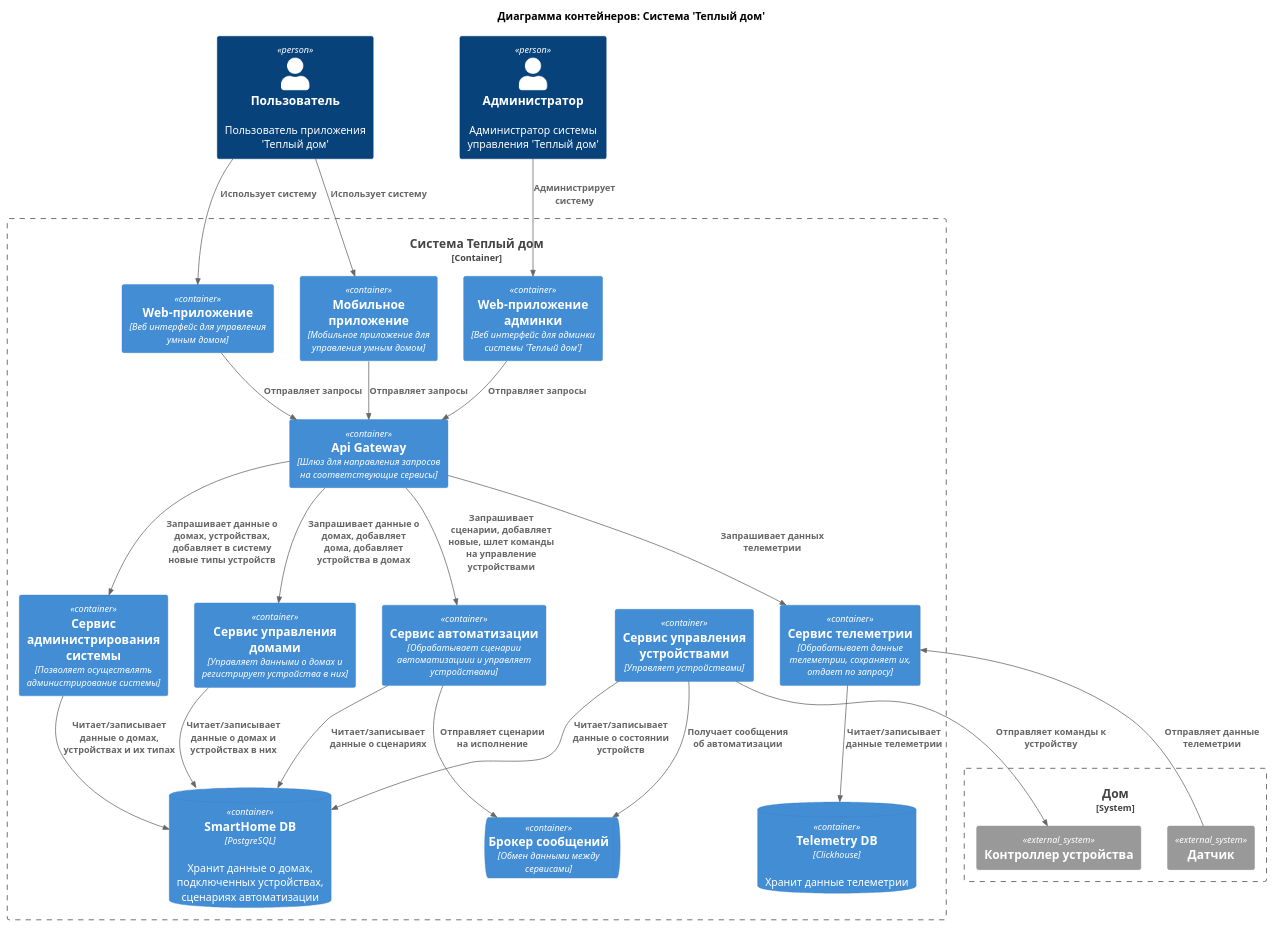
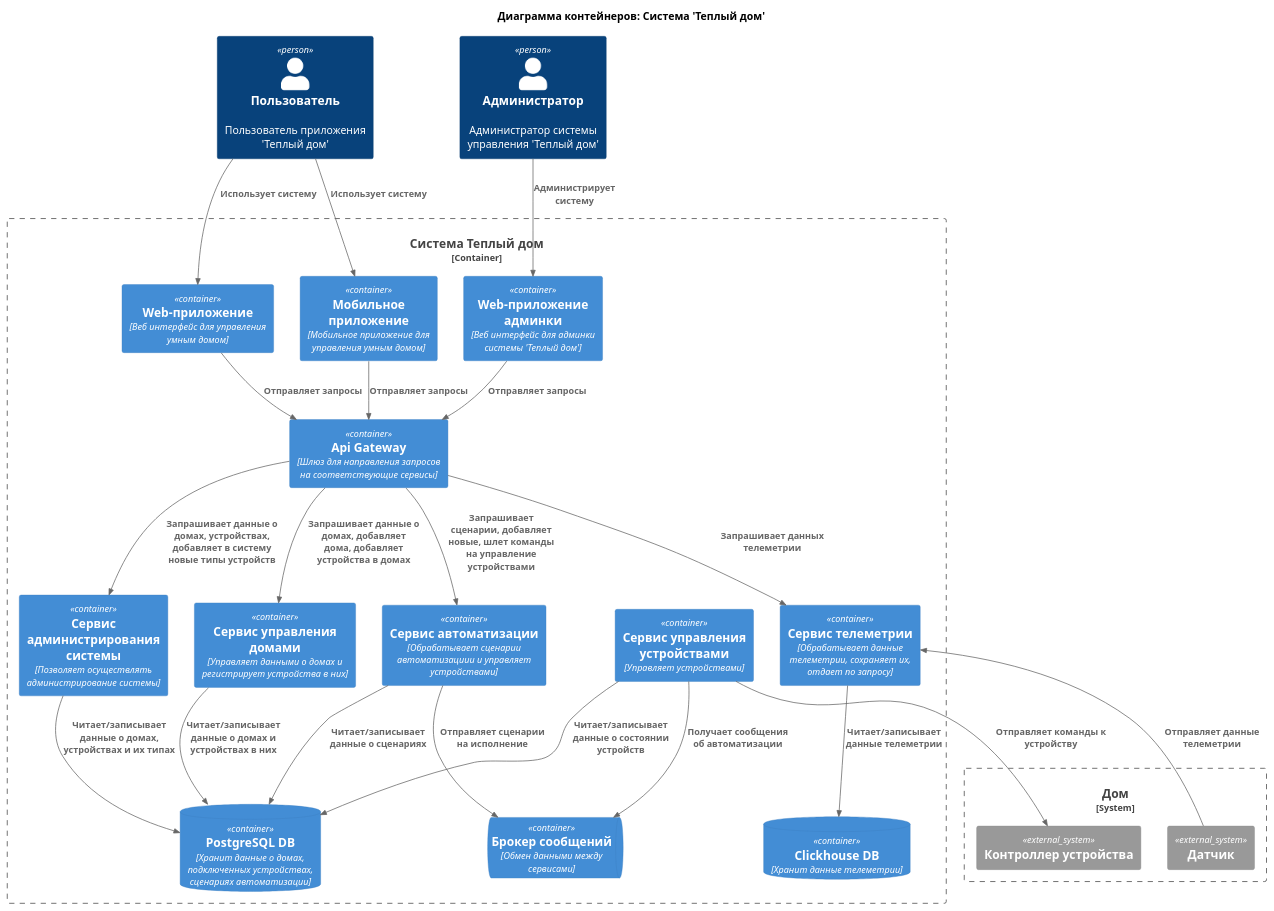
Before and after one commit to knautilus/architecture-warmhouse: the diagram in diagrams/ToBe_Container.puml, drawn with PlantUML. The commit also changed 14 other files, not shown here.

```diff
--- a/diagrams/ToBe_Container.puml
+++ b/diagrams/ToBe_Container.puml
@@ -1,50 +1,50 @@
 @startuml
 
 title Диаграмма контейнеров: Система 'Теплый дом'
 
 !include https://raw.githubusercontent.com/plantuml-stdlib/C4-PlantUML/master/C4_Container.puml
 
 Person(User, "Пользователь", "Пользователь приложения 'Теплый дом'")
 Person(Admin, "Администратор", "Администратор системы управления 'Теплый дом'")
 
 Container_Boundary(SmartHome, "Система Теплый дом") {
     Container(AdminWebApp, "Web-приложение админки", "Веб интерфейс для админки системы 'Теплый дом'")
     Container(WebApp, "Web-приложение", "Веб интерфейс для управления умным домом")
     Container(MobileApp, "Мобильное приложение", "Мобильное приложение для управления умным домом")
     Container(ApiGateway, "Api Gateway", "Шлюз для направления запросов на соответствующие сервисы")
     Container(AdminPanel, "Сервис администрирования системы", "Позволяет осуществлять администрирование системы")
     Container(HouseManagement, "Сервис управления домами", "Управляет данными о домах и регистрирует устройства в них")
     Container(DeviceManagement, "Сервис управления устройствами", "Управляет устройствами")
     Container(AutomationService, "Сервис автоматизации", "Обрабатывает сценарии автоматизациии и управляет устройствами")
     Container(TelemetryService, "Сервис телеметрии", "Обрабатывает данные телеметрии, сохраняет их, отдает по запросу")
-    ContainerDb(SmartHomeDb, "SmartHome DB", "PostgreSQL", "Хранит данные о домах, подключенных устройствах, сценариях автоматизации")
-    ContainerDb(TelemetryDb, "Telemetry DB", "Clickhouse", "Хранит данные телеметрии")
+    ContainerDb(SmartHomeDb, "PostgreSQL DB", "Хранит данные о домах, подключенных устройствах, сценариях автоматизации")
+    ContainerDb(TelemetryDb, "Clickhouse DB", "Хранит данные телеметрии")
     ContainerQueue(Queue, "Брокер сообщений", "Обмен данными между сервисами")
 }
 
 System_Boundary(House, "Дом") {
     System_Ext(Sensor, "Датчик")
     System_Ext(Device, "Контроллер устройства")
 }
 
 Rel(Admin, AdminWebApp, "Администрирует систему")
 Rel(AdminWebApp, ApiGateway, "Отправляет запросы")
 Rel(User, WebApp, "Использует систему")
 Rel(User, MobileApp, "Использует систему")
 Rel(WebApp, ApiGateway, "Отправляет запросы")
 Rel(MobileApp, ApiGateway, "Отправляет запросы")
 Rel(ApiGateway, AdminPanel, "Запрашивает данные о домах, устройствах, добавляет в систему новые типы устройств")
 Rel(ApiGateway, HouseManagement, "Запрашивает данные о домах, добавляет дома, добавляет устройства в домах")
 Rel(ApiGateway, AutomationService, "Запрашивает сценарии, добавляет новые, шлет команды на управление устройствами")
 Rel(ApiGateway, TelemetryService, "Запрашивает данных телеметрии")
 Rel(AdminPanel, SmartHomeDb, "Читает/записывает данные о домах, устройствах и их типах")
 Rel(HouseManagement, SmartHomeDb, "Читает/записывает данные о домах и устройствах в них")
 Rel(DeviceManagement, SmartHomeDb, "Читает/записывает данные о состоянии устройств")
 Rel(AutomationService, SmartHomeDb, "Читает/записывает данные о сценариях")
 Rel(TelemetryService, TelemetryDb, "Читает/записывает данные телеметрии")
 Rel(AutomationService, Queue, "Отправляет сценарии на исполнение")
 Rel(DeviceManagement, Queue, "Получает сообщения об автоматизации")
 Rel(Sensor, TelemetryService, "Отправляет данные телеметрии")
 Rel(DeviceManagement, Device, "Отправляет команды к устройству")
 
 @enduml
```
